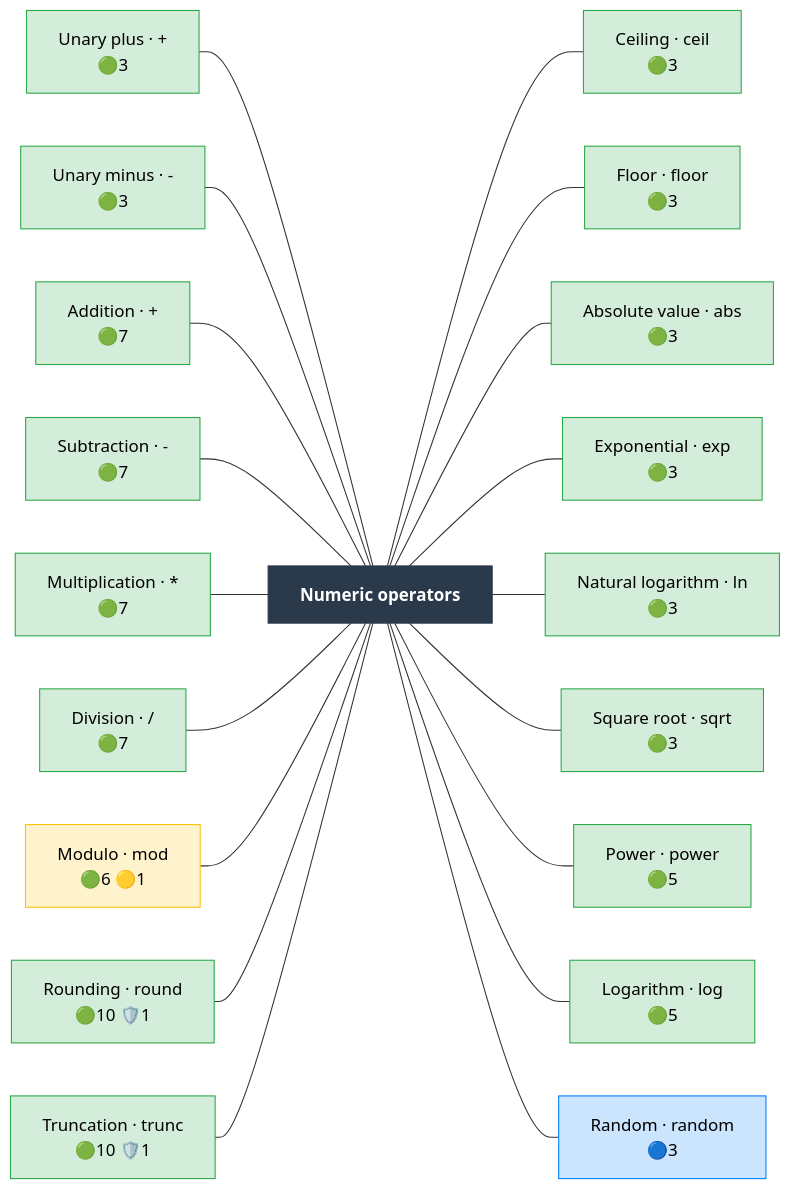
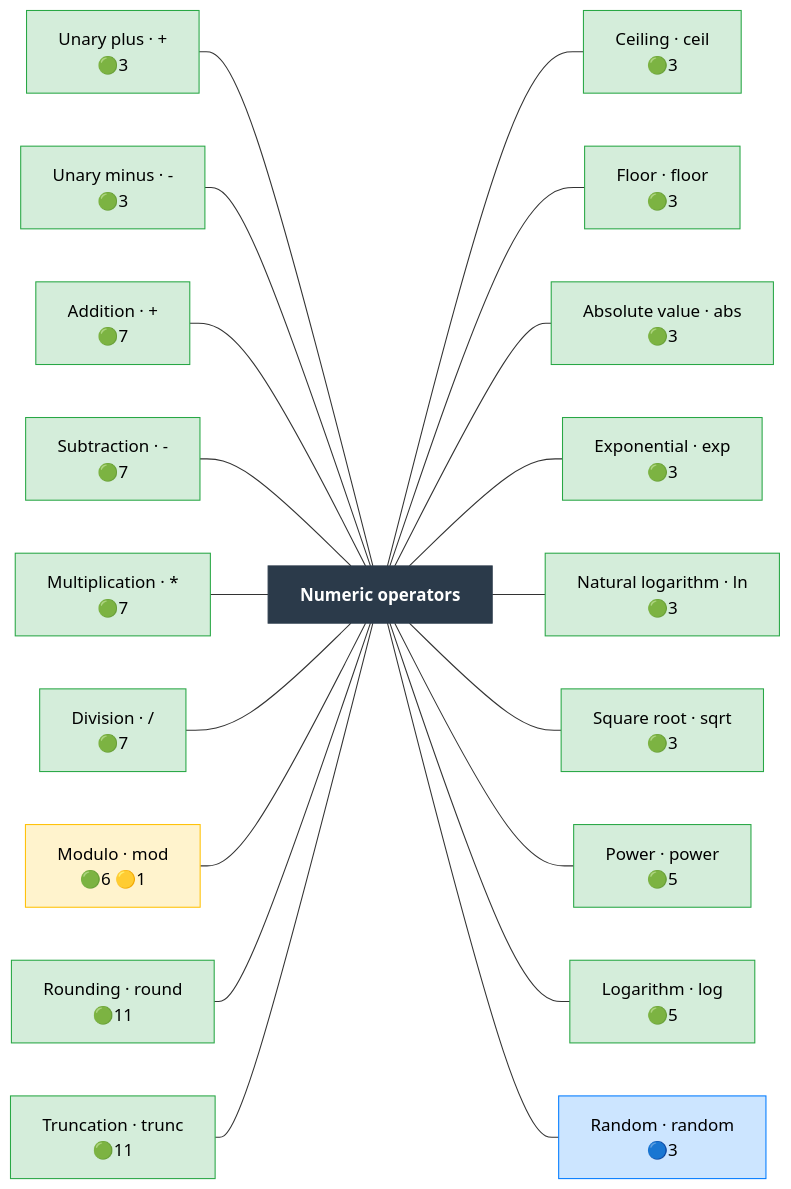
Before and after one commit to Meaningful-Data/vtlengine: the diagram in docs/operator_map/numeric/index.rst, drawn with Mermaid. The commit also changed other lines of this file and 154 other files, not shown here.

First line of the commit message:
Expect the errors that the team accepts: nvl, round, trunc and a ruleset cycle

```diff
--- a/docs/operator_map/numeric/index.rst
+++ b/docs/operator_map/numeric/index.rst
@@ -17,66 +17,66 @@
 .. mermaid::
    :config: {"flowchart": {"useMaxWidth": false}}
 
    flowchart LR
        classDef ok fill:#d4edda,stroke:#28a745,color:#000
        classDef partial fill:#fff3cd,stroke:#ffc107,color:#000
        classDef refused fill:#d4edda,stroke:#28a745,stroke-width:3px,stroke-dasharray: 2 2,color:#000
        classDef missing fill:#f8d7da,stroke:#dc3545,color:#000
        classDef diverge fill:#cce5ff,stroke:#007bff,color:#000
        classDef block fill:#2b3a4a,stroke:#2b3a4a,color:#fff,font-weight:bold
        classDef ext fill:#fff,stroke:#666,color:#000,stroke-dasharray: 5 5
        B["Numeric operators"]:::block
        numeric__unary_plus["Unary plus · +<br/>🟢3"]:::ok
        numeric__unary_minus["Unary minus · -<br/>🟢3"]:::ok
        numeric__addition["Addition · +<br/>🟢7"]:::ok
        numeric__subtraction["Subtraction · -<br/>🟢7"]:::ok
        numeric__multiplication["Multiplication · *<br/>🟢7"]:::ok
        numeric__division["Division · /<br/>🟢7"]:::ok
        numeric__modulo["Modulo · mod<br/>🟢6 🟡1"]:::partial
-       numeric__round["Rounding · round<br/>🟢10 🛡️1"]:::ok
-       numeric__trunc["Truncation · trunc<br/>🟢10 🛡️1"]:::ok
+       numeric__round["Rounding · round<br/>🟢11"]:::ok
+       numeric__trunc["Truncation · trunc<br/>🟢11"]:::ok
        numeric__ceil["Ceiling · ceil<br/>🟢3"]:::ok
        numeric__floor["Floor · floor<br/>🟢3"]:::ok
        numeric__abs["Absolute value · abs<br/>🟢3"]:::ok
        numeric__exp["Exponential · exp<br/>🟢3"]:::ok
        numeric__ln["Natural logarithm · ln<br/>🟢3"]:::ok
        numeric__sqrt["Square root · sqrt<br/>🟢3"]:::ok
        numeric__power["Power · power<br/>🟢5"]:::ok
        numeric__log["Logarithm · log<br/>🟢5"]:::ok
        numeric__random["Random · random<br/>🔵3"]:::diverge
        numeric__unary_plus --- B
        numeric__unary_minus --- B
        numeric__addition --- B
        numeric__subtraction --- B
        numeric__multiplication --- B
        numeric__division --- B
        numeric__modulo --- B
        numeric__round --- B
        numeric__trunc --- B
        B --- numeric__ceil
        B --- numeric__floor
        B --- numeric__abs
        B --- numeric__exp
        B --- numeric__ln
        B --- numeric__sqrt
        B --- numeric__power
        B --- numeric__log
        B --- numeric__random
        click numeric__unary_plus href "unary_plus.html"
        click numeric__unary_minus href "unary_minus.html"
        click numeric__addition href "addition.html"
        click numeric__subtraction href "subtraction.html"
        click numeric__multiplication href "multiplication.html"
        click numeric__division href "division.html"
        click numeric__modulo href "modulo.html"
        click numeric__round href "round.html"
        click numeric__trunc href "trunc.html"
        click numeric__ceil href "ceil.html"
        click numeric__floor href "floor.html"
        click numeric__abs href "abs.html"
        click numeric__exp href "exp.html"
        click numeric__ln href "ln.html"
        click numeric__sqrt href "sqrt.html"
        click numeric__power href "power.html"
        click numeric__log href "log.html"
        click numeric__random href "random.html"
```
